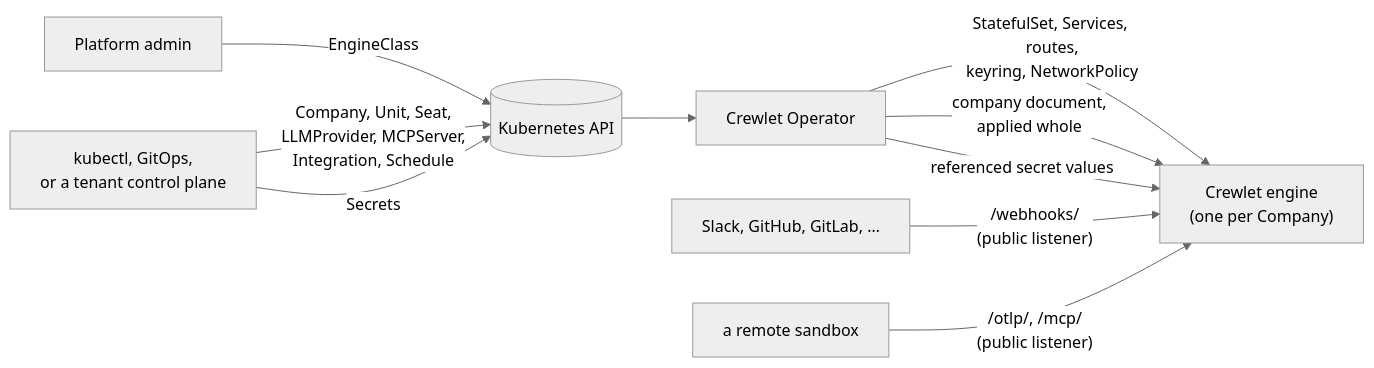
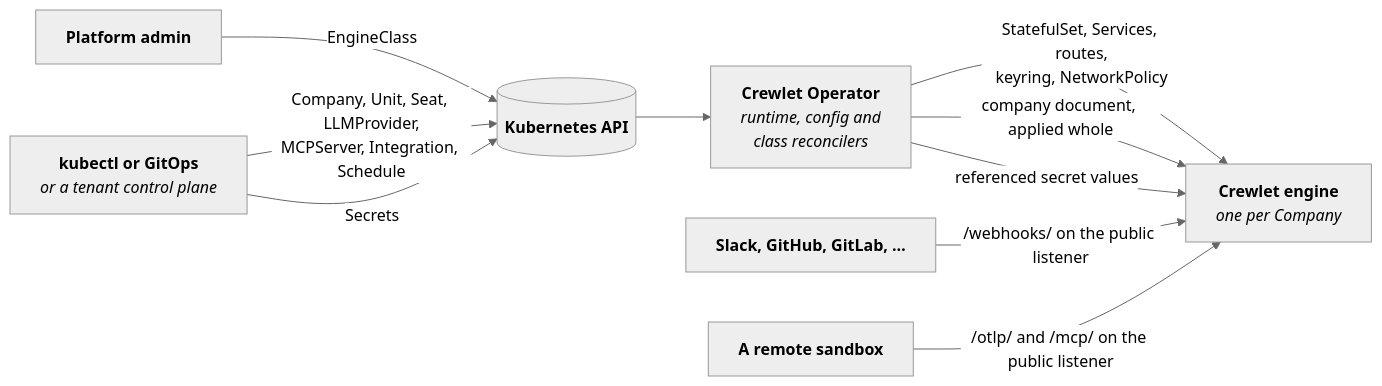
Before and after one commit to crewlet/crewlet-operator: the diagram in README.md, drawn with Mermaid (neutral theme). The commit also changed other lines of this file and 11 other files, not shown here.

````diff
--- a/README.md
+++ b/README.md
@@ -50,12 +92,13 @@
 ```mermaid
 flowchart LR
-    platform["Platform admin"] -- EngineClass --> kapi[("Kubernetes API")]
-    users["kubectl, GitOps,<br/>or a tenant control plane"] -- "Company, Unit, Seat,<br/>LLMProvider, MCPServer,<br/>Integration, Schedule" --> kapi
-    users -- Secrets --> kapi
-    kapi --> operator["Crewlet Operator"]
-    operator -- "StatefulSet, Services, routes,<br/>keyring, NetworkPolicy" --> engine["Crewlet engine<br/>(one per Company)"]
-    operator -- "company document,<br/>applied whole" --> engine
-    operator -- "referenced secret values" --> engine
-    vendors["Slack, GitHub, GitLab, …"] -- "/webhooks/<br/>(public listener)" --> engine
-    sandbox["a remote sandbox"] -- "/otlp/, /mcp/<br/>(public listener)" --> engine
+    PA["<b>Platform admin</b>"] -->|EngineClass| K
+    U["<b>kubectl or GitOps</b><br/><i>or a tenant control plane</i>"] -->|"Company, Unit, Seat, LLMProvider,<br/>MCPServer, Integration, Schedule"| K
+    U -->|Secrets| K
+    K[("<b>Kubernetes API</b>")] --> O["<b>Crewlet Operator</b><br/><i>runtime, config and<br/>class reconcilers</i>"]
+    O -->|"StatefulSet, Services, routes,<br/>keyring, NetworkPolicy"| E
+    O -->|"company document, applied whole"| E
+    O -->|"referenced secret values"| E
+    E["<b>Crewlet engine</b><br/><i>one per Company</i>"]
+    V["<b>Slack, GitHub, GitLab, …</b>"] -->|"/webhooks/ on the public listener"| E
+    SB["<b>A remote sandbox</b>"] -->|"/otlp/ and /mcp/ on the public listener"| E
 ```
````
